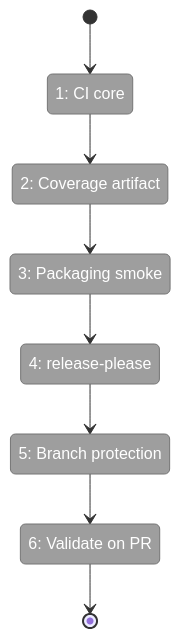
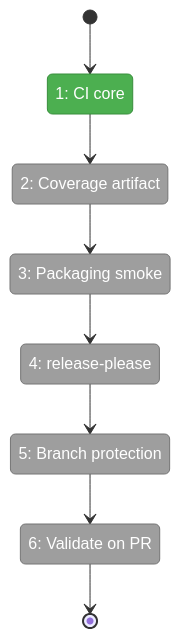
The first of 2 diagrams in docs/plans/004-harness-core/tasks/phase-3-ci-release-automation-branch-protection/tasks.fltplan.md (AI-Substrate/harness-engineering), drawn with Mermaid before and after one commit. The commit also changed other lines of this file and 3 other files, not shown here.

````diff
--- a/docs/plans/004-harness-core/tasks/phase-3-ci-release-automation-branch-protection/tasks.fltplan.md
+++ b/docs/plans/004-harness-core/tasks/phase-3-ci-release-automation-branch-protection/tasks.fltplan.md
@@ -38,24 +38,25 @@
 ```mermaid
 stateDiagram-v2
     classDef pending fill:#9E9E9E,stroke:#757575,color:#fff
     classDef active fill:#FFC107,stroke:#FFA000,color:#000
     classDef done fill:#4CAF50,stroke:#388E3C,color:#fff
     classDef blocked fill:#F44336,stroke:#D32F2F,color:#fff
 
     state "1: CI core" as S1
     state "2: Coverage artifact" as S2
     state "3: Packaging smoke" as S3
     state "4: release-please" as S4
     state "5: Branch protection" as S5
     state "6: Validate on PR" as S6
 
     [*] --> S1
     S1 --> S2
     S2 --> S3
     S3 --> S4
     S4 --> S5
     S5 --> S6
     S6 --> [*]
 
-    class S1,S2,S3,S4,S5,S6 pending
+    class S1 done
+    class S2,S3,S4,S5,S6 pending
 ```
````
